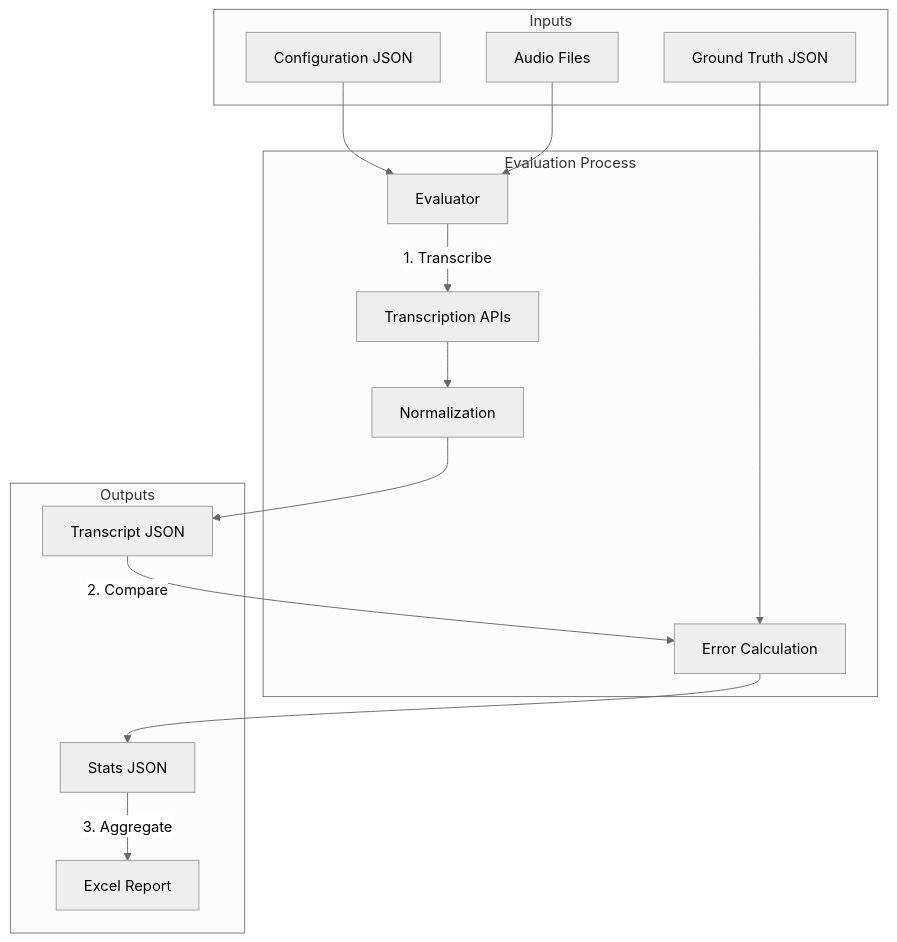
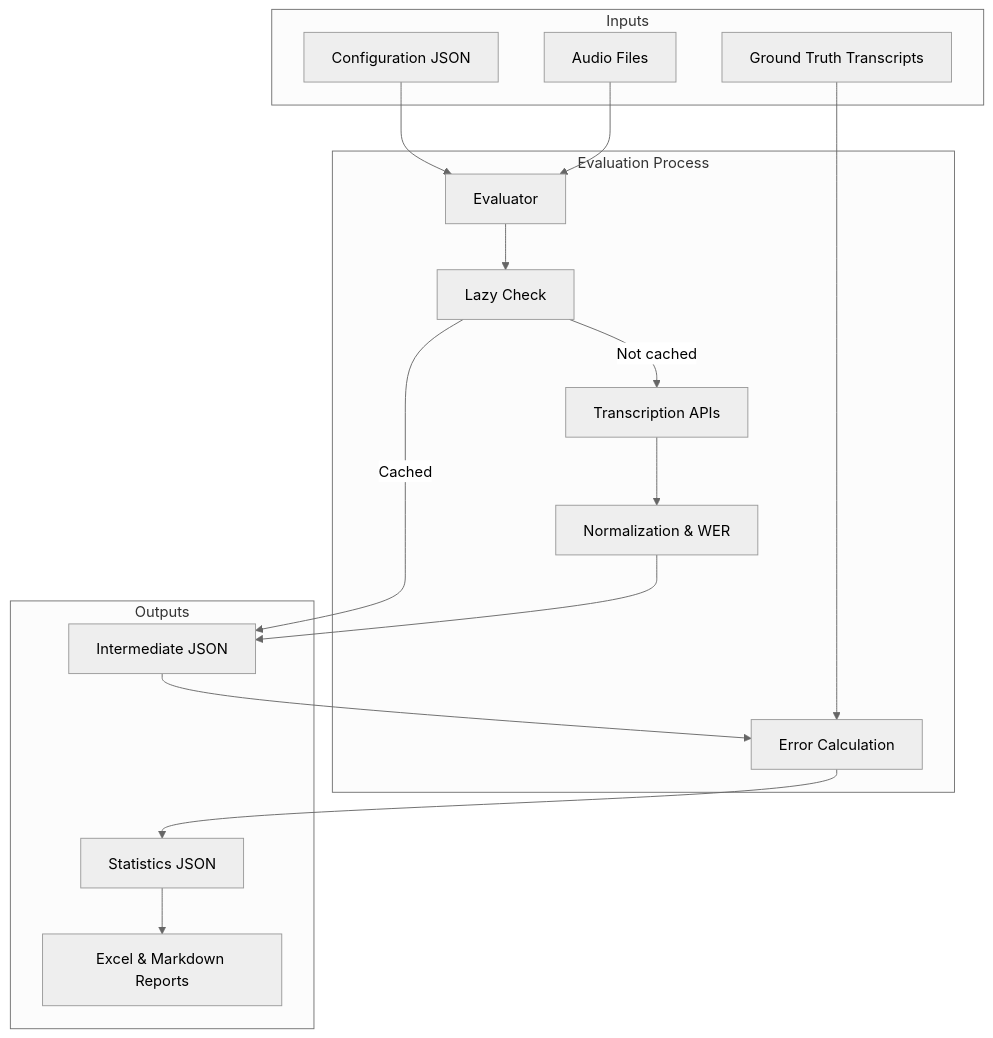
The diagram in README.md (ytkaczyk/transcription-evals), drawn with Mermaid (neutral theme) before and after one commit. The commit also changed other lines of this file and 1 other file, not shown here.

First line of the commit message:
docs: enhance README and add architecture overview (#8)

````diff
--- a/README.md
+++ b/README.md
@@ -17,32 +26,34 @@
 ```mermaid
 graph TD
     subgraph Inputs
-    Config[Configuration JSON]
-    Audio[Audio Files]
-    GT[Ground Truth JSON]
+        Config["Configuration JSON"]
+        Audio["Audio Files"]
+        GT["Ground Truth Transcripts"]
     end
 
     subgraph "Evaluation Process"
-    Evaluator[Evaluator]
-    API[Transcription APIs]
-    Norm[Normalization]
-    Stats[Error Calculation]
+        Evaluator["Evaluator"]
+        LazyCheck["Lazy Check"]
+        API["Transcription APIs"]
+        Norm["Normalization & WER"]
+        Stats["Error Calculation"]
     end
 
     subgraph Outputs
-    Transcript[Transcript JSON]
-    StatFile[Stats JSON]
-    Report[Excel Report]
+        IntJSON["Intermediate JSON"]
+        StatsJSON["Statistics JSON"]
+        Report["Excel & Markdown Reports"]
     end
 
     Config --> Evaluator
     Audio --> Evaluator
+    Evaluator --> LazyCheck
+    LazyCheck -->|Not cached| API
+    LazyCheck -->|Cached| IntJSON
+    API --> Norm
+    Norm --> IntJSON
     GT --> Stats
-
-    Evaluator -- "1. Transcribe" --> API
-    API --> Norm
-    Norm --> Transcript
-    Transcript -- "2. Compare" --> Stats
-    Stats --> StatFile
-    StatFile -- "3. Aggregate" --> Report
+    IntJSON --> Stats
+    Stats --> StatsJSON
+    StatsJSON --> Report
 ```
````
